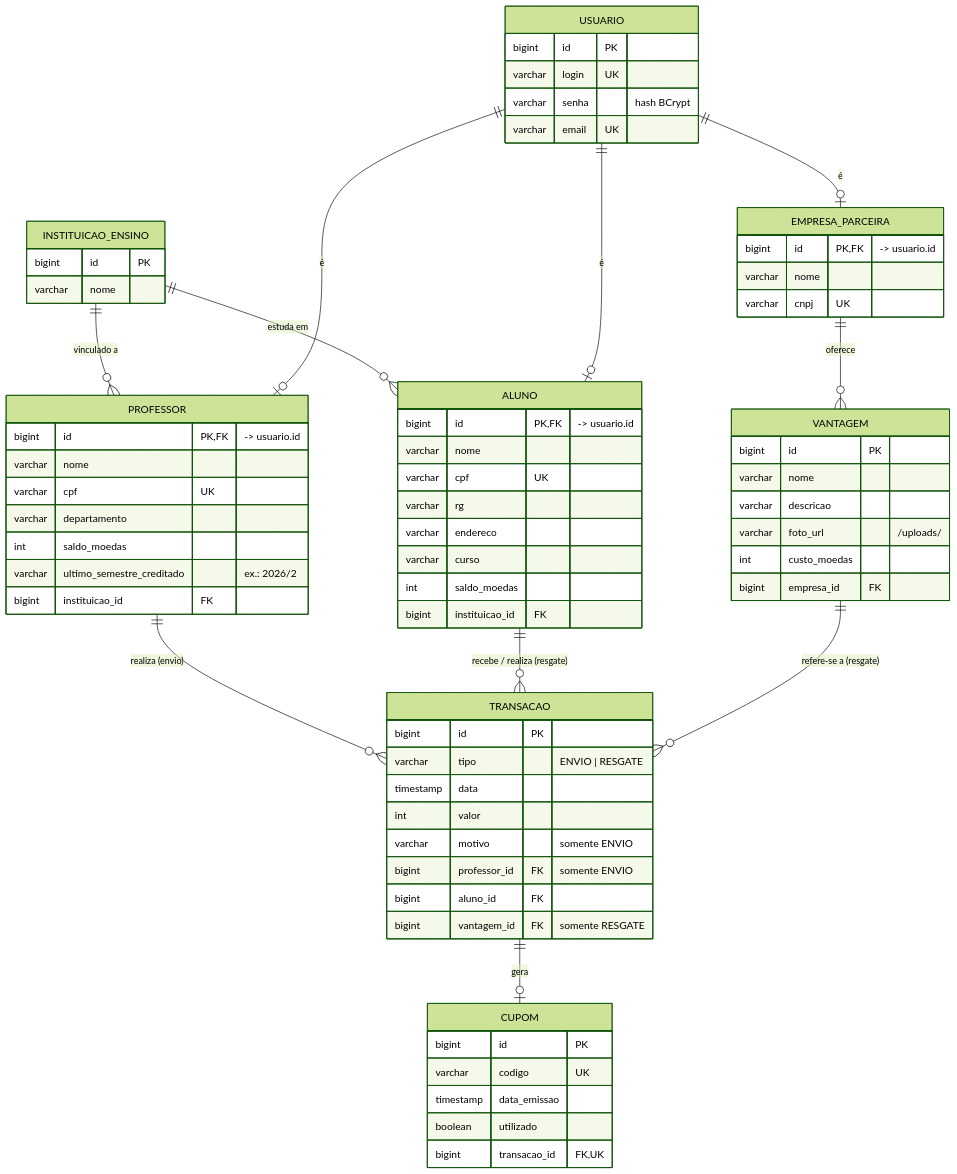
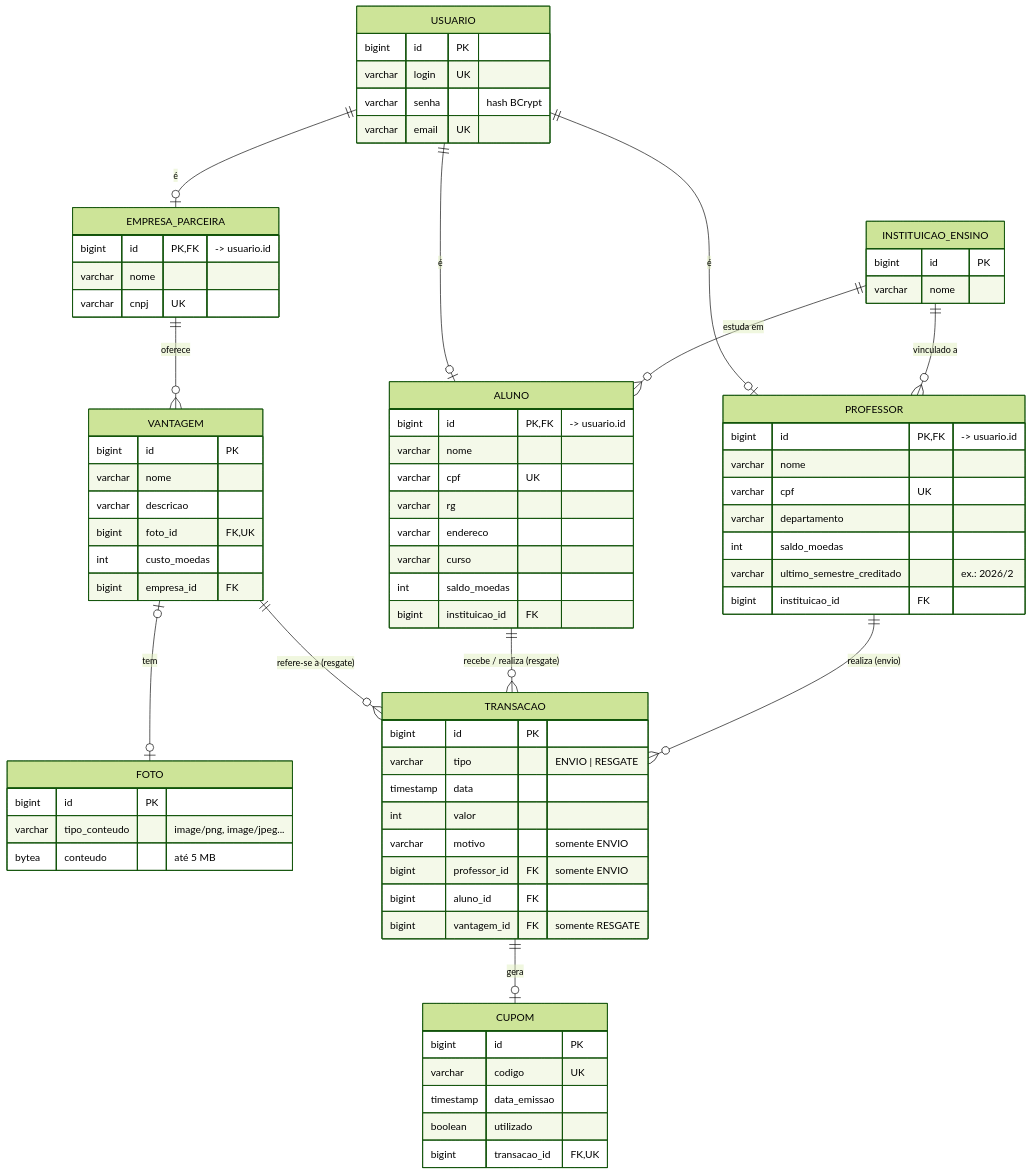
Before and after one commit to caiokfuri/lab3_projeto: the diagram in docs/ModeloER.md, drawn with Mermaid (forest theme). The commit also changed other lines of this file and 41 other files, not shown here.

First line of the commit message:
feat: Lab04S02 - diagrama de implantação e deploy na Vercel e Render

````diff
--- a/docs/ModeloER.md
+++ b/docs/ModeloER.md
@@ -8,73 +9,79 @@
 ```mermaid
 erDiagram
     INSTITUICAO_ENSINO ||--o{ ALUNO : "estuda em"
     INSTITUICAO_ENSINO ||--o{ PROFESSOR : "vinculado a"
     USUARIO ||--o| ALUNO : "é"
     USUARIO ||--o| PROFESSOR : "é"
     USUARIO ||--o| EMPRESA_PARCEIRA : "é"
     EMPRESA_PARCEIRA ||--o{ VANTAGEM : "oferece"
+    VANTAGEM |o--o| FOTO : "tem"
     PROFESSOR ||--o{ TRANSACAO : "realiza (envio)"
     ALUNO ||--o{ TRANSACAO : "recebe / realiza (resgate)"
     VANTAGEM ||--o{ TRANSACAO : "refere-se a (resgate)"
     TRANSACAO ||--o| CUPOM : "gera"
 
     INSTITUICAO_ENSINO {
         bigint id PK
         varchar nome
     }
     USUARIO {
         bigint id PK
         varchar login UK
         varchar senha "hash BCrypt"
         varchar email UK
     }
     ALUNO {
         bigint id PK, FK "-> usuario.id"
         varchar nome
         varchar cpf UK
         varchar rg
         varchar endereco
         varchar curso
         int saldo_moedas
         bigint instituicao_id FK
     }
     PROFESSOR {
         bigint id PK, FK "-> usuario.id"
         varchar nome
         varchar cpf UK
         varchar departamento
         int saldo_moedas
         varchar ultimo_semestre_creditado "ex.: 2026/2"
         bigint instituicao_id FK
     }
     EMPRESA_PARCEIRA {
         bigint id PK, FK "-> usuario.id"
         varchar nome
         varchar cnpj UK
     }
     VANTAGEM {
         bigint id PK
         varchar nome
         varchar descricao
-        varchar foto_url "/uploads/<arquivo>"
+        bigint foto_id FK, UK
         int custo_moedas
         bigint empresa_id FK
+    }
+    FOTO {
+        bigint id PK
+        varchar tipo_conteudo "image/png, image/jpeg..."
+        bytea conteudo "até 5 MB"
     }
     TRANSACAO {
         bigint id PK
         varchar tipo "ENVIO | RESGATE"
         timestamp data
         int valor
         varchar motivo "somente ENVIO"
         bigint professor_id FK "somente ENVIO"
         bigint aluno_id FK
         bigint vantagem_id FK "somente RESGATE"
     }
     CUPOM {
         bigint id PK
         varchar codigo UK
         timestamp data_emissao
         boolean utilizado
         bigint transacao_id FK, UK
     }
 ```
````
